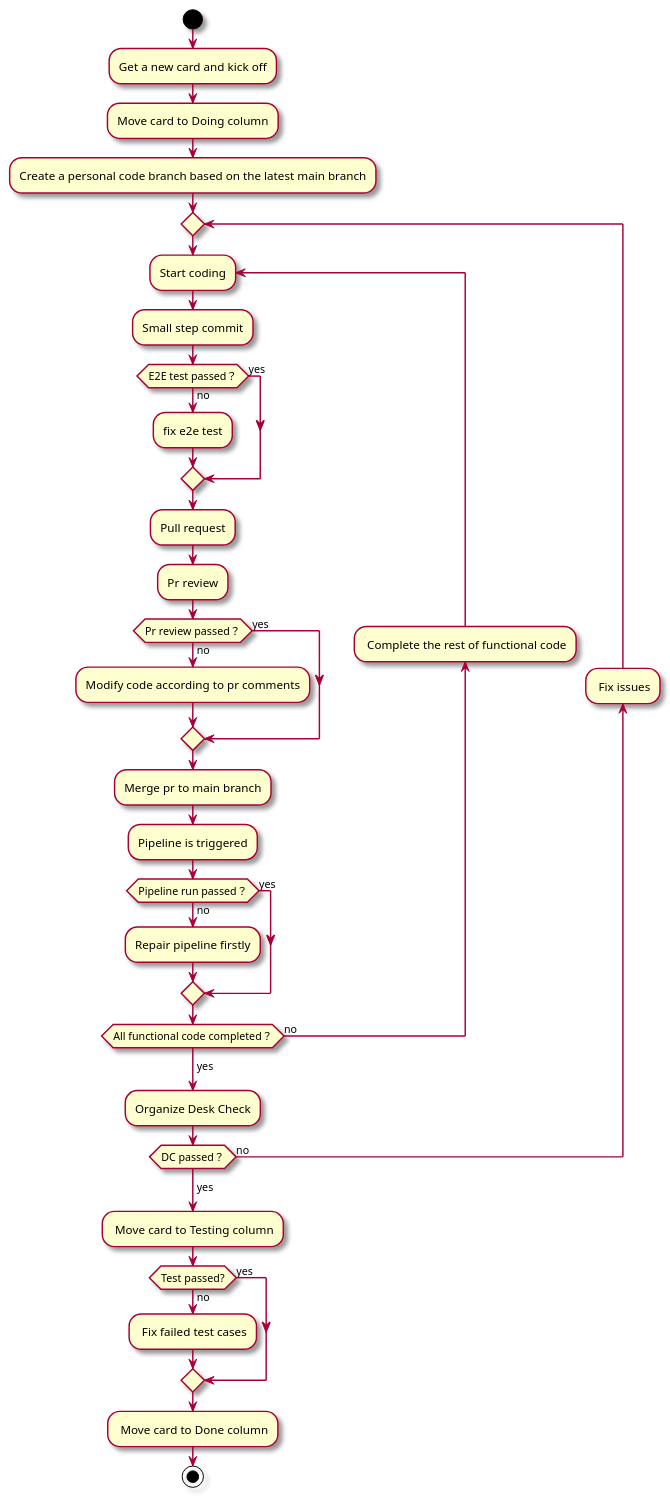
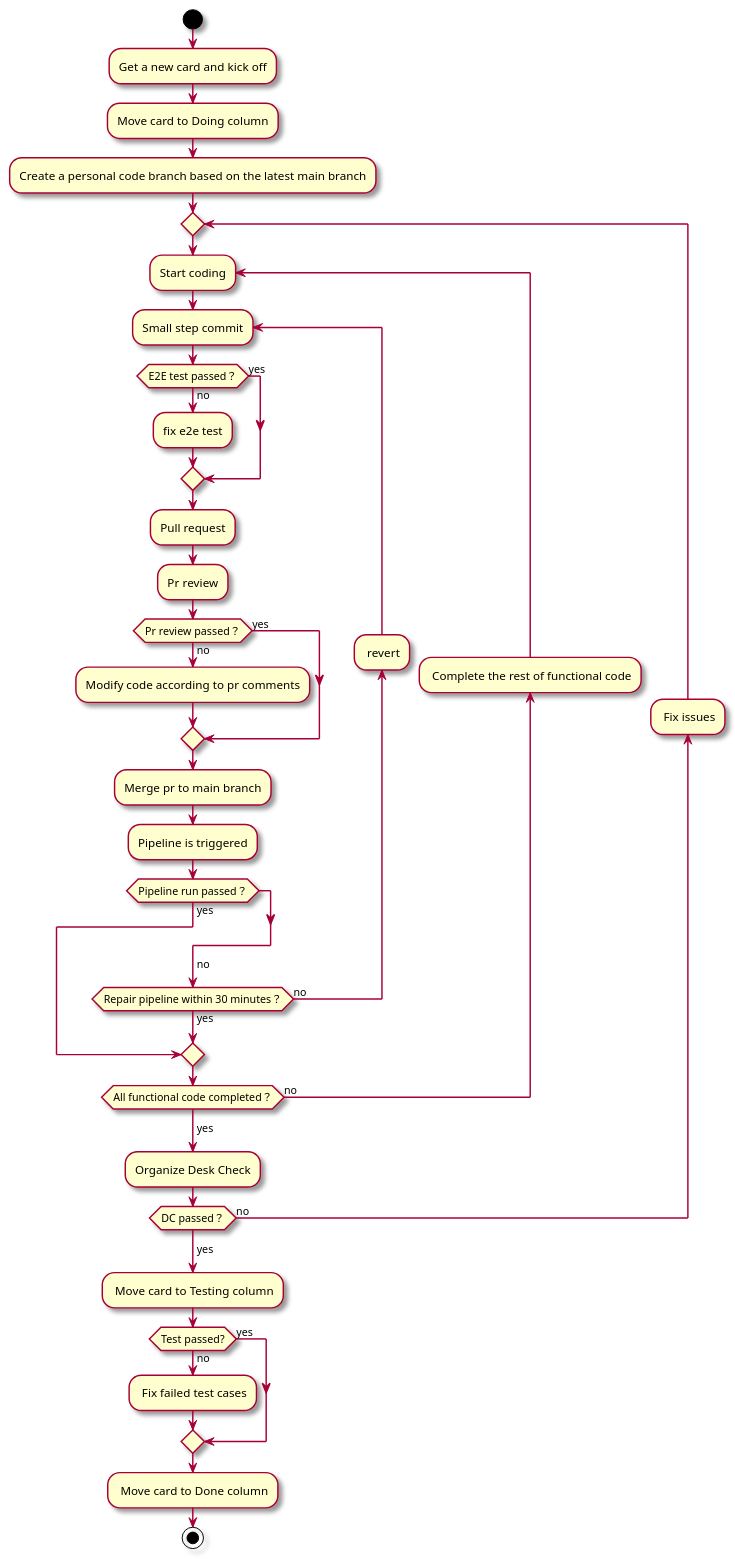
The diagram in docs/src/pages/en/dev-center/way-of-working.md (thoughtworks/HeartBeat), drawn with PlantUML before and after one commit.

Commit message:
[docs]fix: add pipeline precautions

````diff
--- a/docs/src/pages/en/dev-center/way-of-working.md
+++ b/docs/src/pages/en/dev-center/way-of-working.md
@@ -7,44 +7,46 @@
 ```plantuml
 @startuml Way of Code Working
 skin rose
 start
 
 :Get a new card and kick off;
 :Move card to Doing column;
 :Create a personal code branch based on the latest main branch;
   repeat
     repeat :Start coding;
-      :Small step commit;
+      repeat :Small step commit;
       if(E2E test passed？) then (no)
         :fix e2e test;
       else(yes)
       endif
       :Pull request;
       :Pr review;
       if(Pr review passed？) then (yes)
       else (no)
       :Modify code according to pr comments;
       endif
       :Merge pr to main branch;
       :Pipeline is triggered;
       if(Pipeline run passed？) then (yes)
-      else(no)
-        :Repair pipeline firstly;
+      break
       endif
+      ->no;
+      backward: revert;
+      repeat while (Repair pipeline within 30 minutes？) is (no) not (yes)
     backward: Complete the rest of functional code;
     repeat while (All functional code completed？) is (no)
     ->yes;
     :Organize Desk Check;
   backward: Fix issues;
   repeat while (DC passed？) is (no)
   ->yes;
   : Move card to Testing column;
     if(Test passed?) then (yes)
     else(no)
     : Fix failed test cases;
     endif
   : Move card to Done column;
 
 stop
 @enduml
 ```
````
